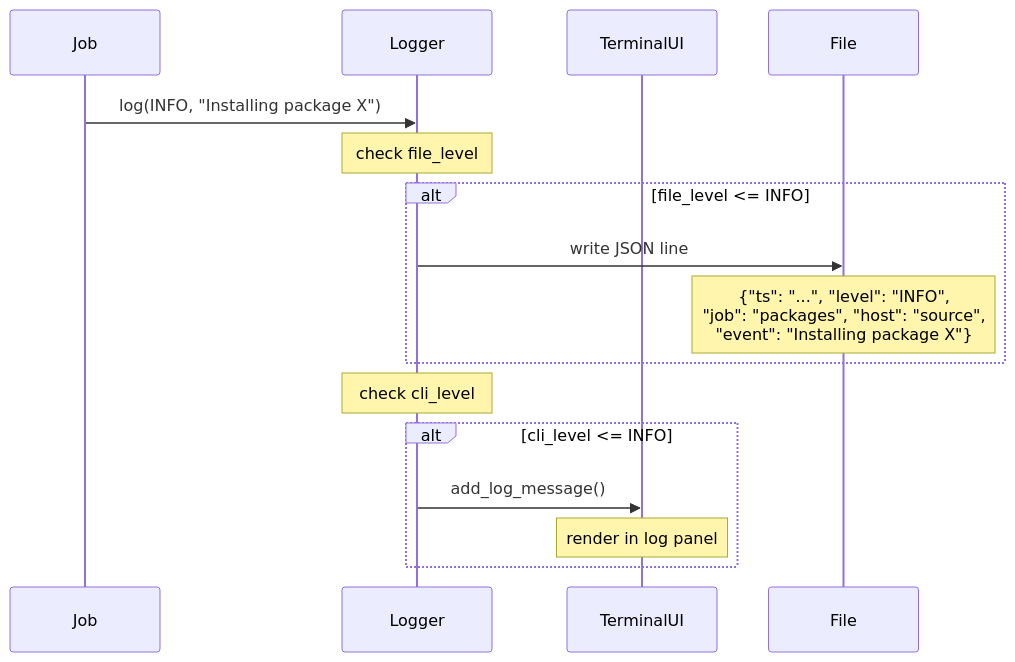
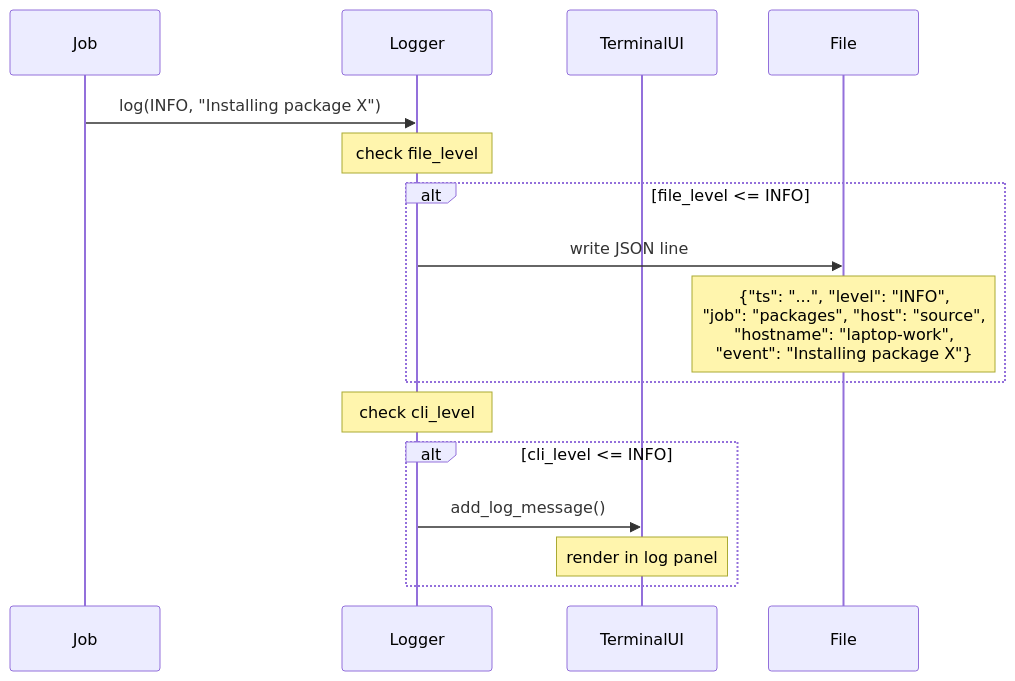
One commit to flaksit/pc-switcher changed the eighth of 12 diagrams in specs/001-foundation/architecture-claude.md. Above: the diagram before and after it, drawn with Mermaid. The commit also changed other lines of this file, not shown here.

Commit message:
Clarify host/hostname terminology

````diff
--- a/specs/001-foundation/architecture-claude.md
+++ b/specs/001-foundation/architecture-claude.md
@@ -466,21 +490,21 @@
 ```mermaid
 sequenceDiagram
     participant Job
     participant Logger
     participant TerminalUI
     participant File
 
     Job->>Logger: log(INFO, "Installing package X")
 
     Note over Logger: check file_level
     alt file_level <= INFO
         Logger->>File: write JSON line
-        Note over File: {"ts": "...", "level": "INFO",<br/>"job": "packages", "host": "source",<br/>"event": "Installing package X"}
+        Note over File: {"ts": "...", "level": "INFO",<br/>"job": "packages", "host": "source",<br/>"hostname": "laptop-work",<br/>"event": "Installing package X"}
     end
 
     Note over Logger: check cli_level
     alt cli_level <= INFO
         Logger->>TerminalUI: add_log_message()
         Note over TerminalUI: render in log panel
     end
 ```
````
